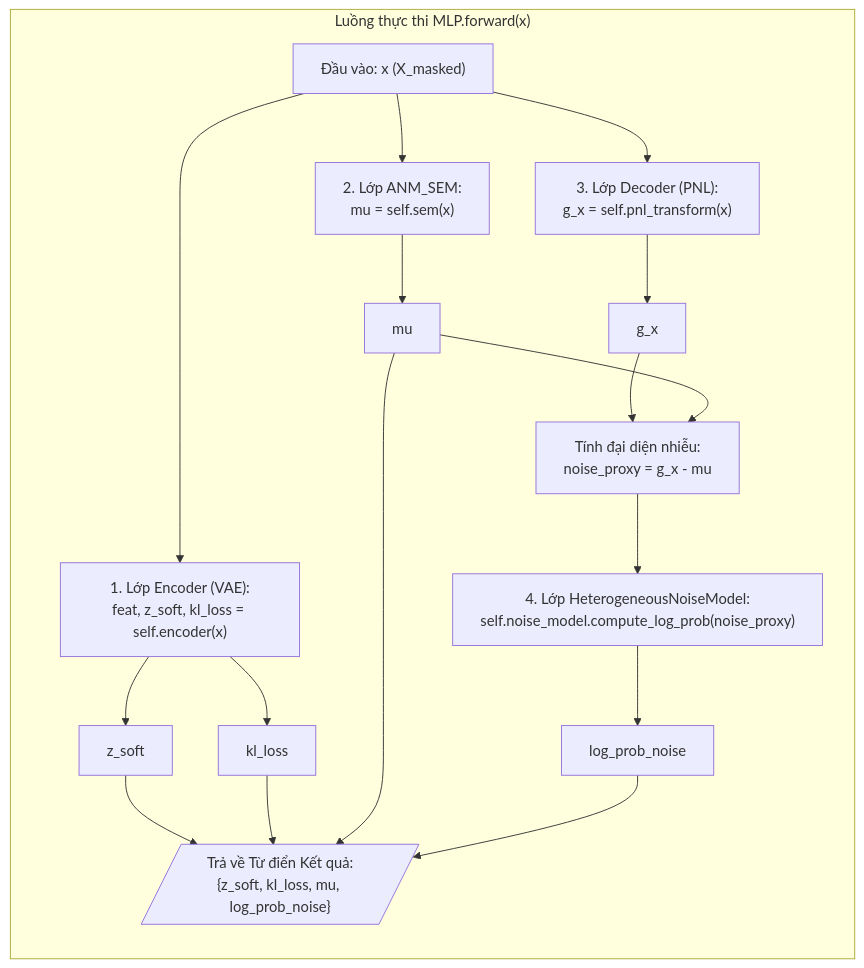
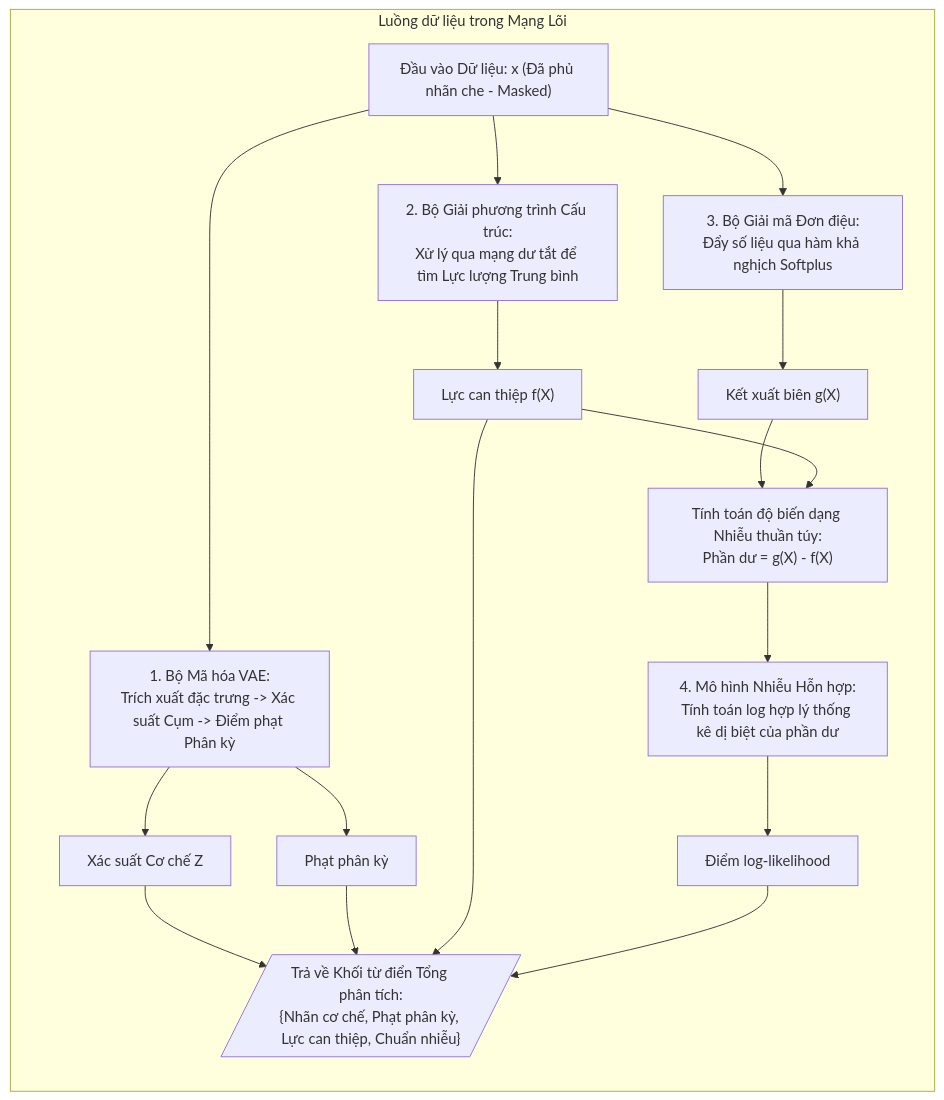
The third of 6 diagrams in docx/Chuong2_MoHinhDeepANM.md (manhthai1706/DeepANM), drawn with Mermaid before and after one commit. The commit also changed other lines of this file, not shown here.

````diff
--- a/docx/Chuong2_MoHinhDeepANM.md
+++ b/docx/Chuong2_MoHinhDeepANM.md
@@ -85,29 +85,29 @@
 ```mermaid
 graph TD
-    X["Đầu vào: x (X_masked)"]
+    X["Đầu vào Dữ liệu: x (Đã phủ nhãn che - Masked)"]
     
-    subgraph MLP_Forward ["Luồng thực thi MLP.forward(x)"]
+    subgraph MLP_Forward ["Luồng dữ liệu trong Mạng Lõi"]
         direction TB
         
-        X --> Step1_Enc["1. Lớp Encoder (VAE):<br/>feat, z_soft, kl_loss = self.encoder(x)"]
-        Step1_Enc --> z_soft["z_soft"]
-        Step1_Enc --> kl_loss["kl_loss"]
+        X --> Step1_Enc["1. Bộ Mã hóa VAE:<br/>Trích xuất đặc trưng -> Xác suất Cụm -> Điểm phạt Phân kỳ"]
+        Step1_Enc --> z_soft["Xác suất Cơ chế Z"]
+        Step1_Enc --> kl_loss["Phạt phân kỳ"]
         
-        X --> Step2_SEM["2. Lớp ANM_SEM:<br/>mu = self.sem(x)"]
-        Step2_SEM --> mu["mu"]
+        X --> Step2_SEM["2. Bộ Giải phương trình Cấu trúc:<br/>Xử lý qua mạng dư tắt để tìm Lực lượng Trung bình"]
+        Step2_SEM --> mu["Lực can thiệp f(X)"]
         
-        X --> Step3_Dec["3. Lớp Decoder (PNL):<br/>g_x = self.pnl_transform(x)"]
-        Step3_Dec --> g_x["g_x"]
+        X --> Step3_Dec["3. Bộ Giải mã Đơn điệu:<br/>Đẩy số liệu qua hàm khả nghịch Softplus"]
+        Step3_Dec --> g_x["Kết xuất biên g(X)"]
         
-        g_x --> CalcProxy["Tính đại diện nhiễu:<br/>noise_proxy = g_x - mu"]
+        g_x --> CalcProxy["Tính toán độ biến dạng Nhiễu thuần túy:<br/>Phần dư = g(X) - f(X)"]
         mu --> CalcProxy
         
-        CalcProxy --> Step4_Noise["4. Lớp HeterogeneousNoiseModel:<br/>self.noise_model.compute_log_prob(noise_proxy)"]
-        Step4_Noise --> log_prob_noise["log_prob_noise"]
+        CalcProxy --> Step4_Noise["4. Mô hình Nhiễu Hỗn hợp:<br/>Tính toán log hợp lý thống kê dị biệt của phần dư"]
+        Step4_Noise --> log_prob_noise["Điểm log-likelihood"]
         
-        z_soft --> Output[/"Trả về Từ điển Kết quả:<br/>{z_soft, kl_loss, mu, log_prob_noise}"/]
+        z_soft --> Output[/"Trả về Khối từ điển Tổng phân tích:<br/>{Nhãn cơ chế, Phạt phân kỳ, Lực can thiệp, Chuẩn nhiễu}"/]
         kl_loss --> Output
         mu --> Output
         log_prob_noise --> Output
     end
 ```
````
